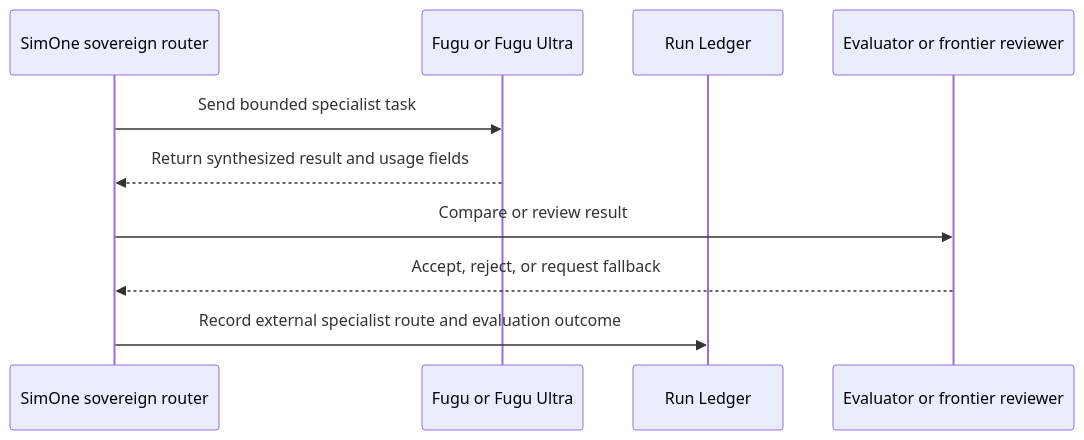
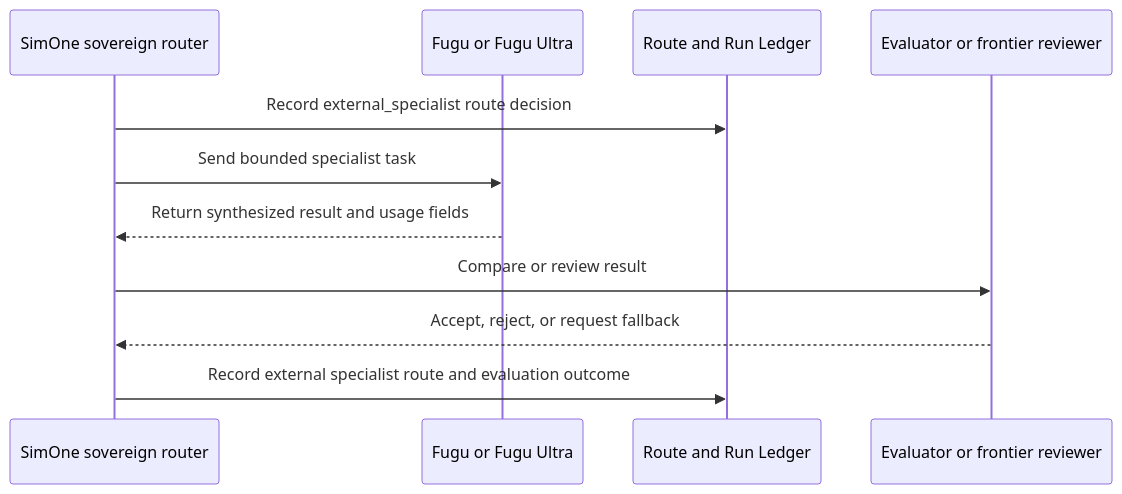
Before and after one commit to Sistemist/SimOne-Workbench: the seventh of 8 diagrams in doc/product/simone-agent-flows.md, drawn with Mermaid. The commit also changed other lines of this file and 13 other files, not shown here.

````diff
--- a/doc/product/simone-agent-flows.md
+++ b/doc/product/simone-agent-flows.md
@@ -140,13 +142,14 @@
 ```mermaid
 sequenceDiagram
   participant R as SimOne sovereign router
   participant F as Fugu or Fugu Ultra
-  participant L as Run Ledger
+  participant L as Route and Run Ledger
   participant V as Evaluator or frontier reviewer
 
+  R->>L: Record external_specialist route decision
   R->>F: Send bounded specialist task
   F-->>R: Return synthesized result and usage fields
   R->>V: Compare or review result
   V-->>R: Accept, reject, or request fallback
   R->>L: Record external specialist route and evaluation outcome
 ```
````
